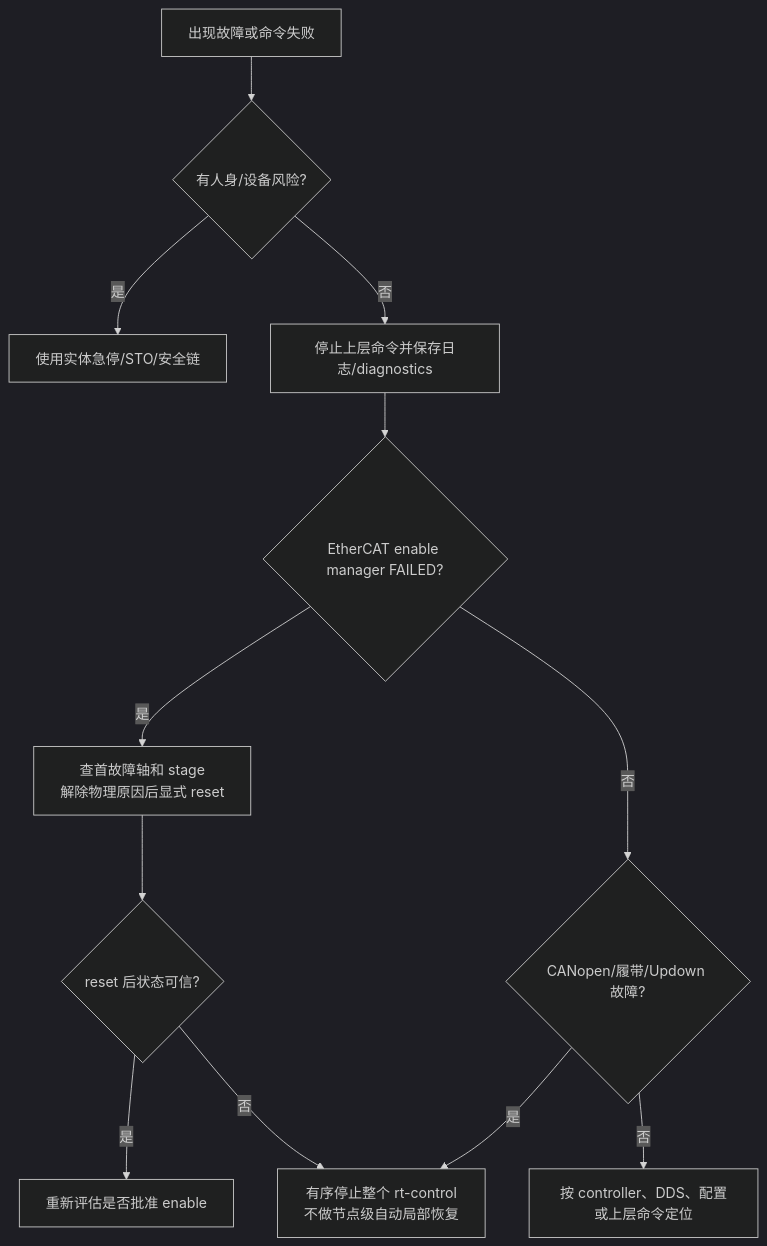
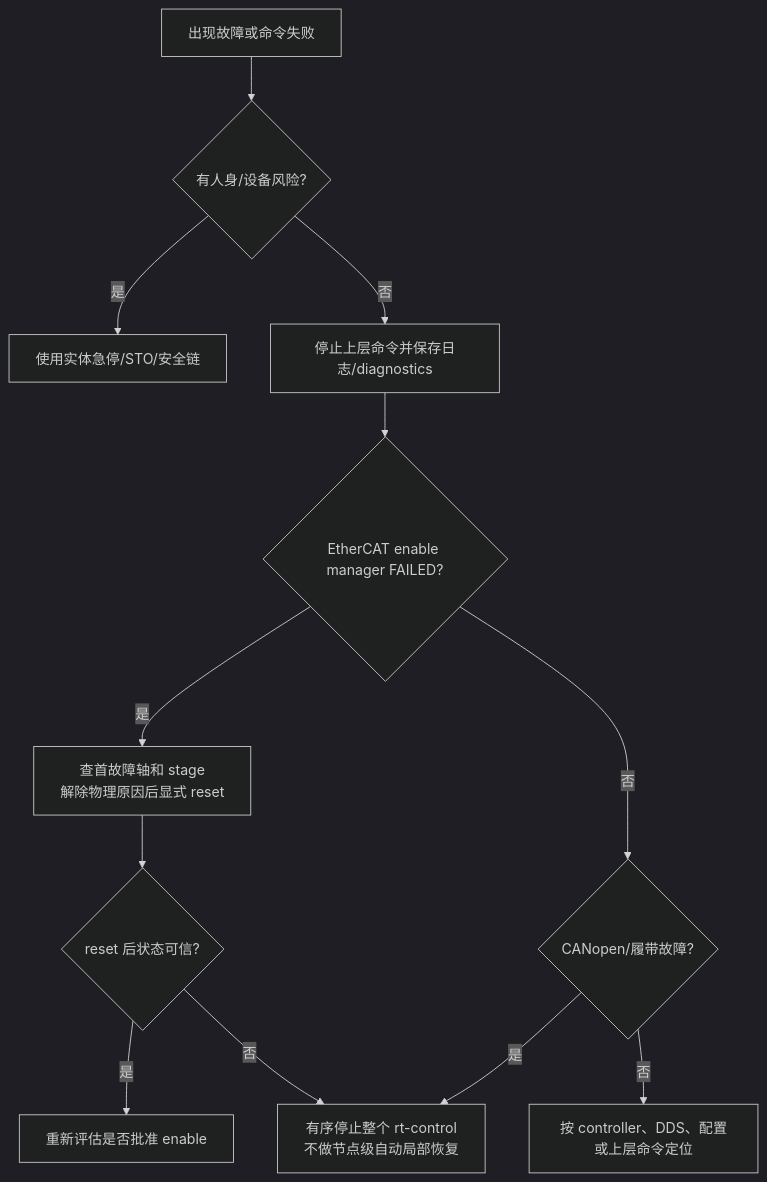
One commit to SevenovaHangzhou/robot_driver changed the second of 2 diagrams in domains/rt_control/docs/deployment-operations-runbook.md. Above: the diagram before and after it, drawn with Mermaid (dark theme). The commit also changed other lines of this file and 35 other files, not shown here.

````diff
--- a/domains/rt_control/docs/deployment-operations-runbook.md
+++ b/domains/rt_control/docs/deployment-operations-runbook.md
@@ -549,14 +546,14 @@
 ```mermaid
 flowchart TD
     A[出现故障或命令失败] --> B{有人身/设备风险?}
     B -->|是| C[使用实体急停/STO/安全链]
     B -->|否| D[停止上层命令并保存日志/diagnostics]
     D --> E{EtherCAT enable manager FAILED?}
     E -->|是| F[查首故障轴和 stage<br/>解除物理原因后显式 reset]
-    E -->|否| G{CANopen/履带/Updown 故障?}
+    E -->|否| G{CANopen/履带故障?}
     G -->|是| H[有序停止整个 rt-control<br/>不做节点级自动局部恢复]
     G -->|否| I[按 controller、DDS、配置或上层命令定位]
     F --> J{reset 后状态可信?}
     J -->|是| K[重新评估是否批准 enable]
     J -->|否| H
 ```
````
